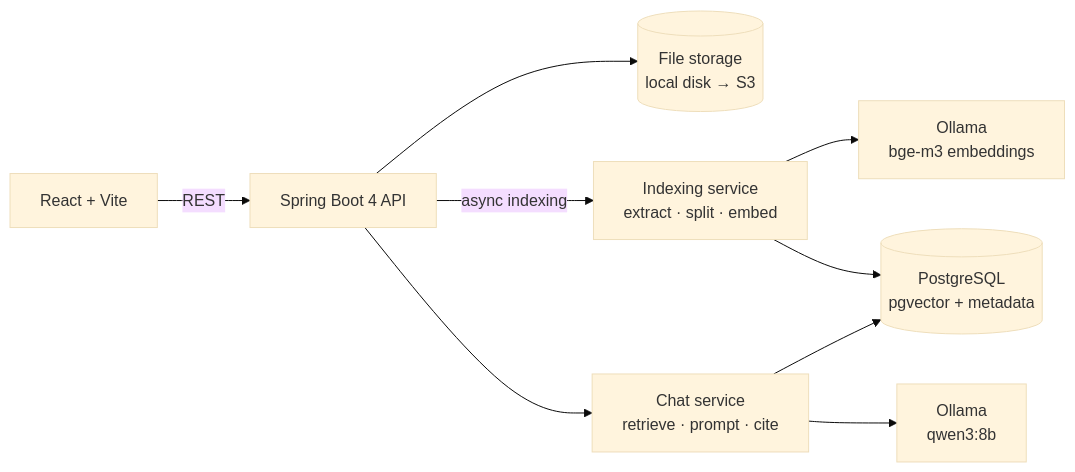
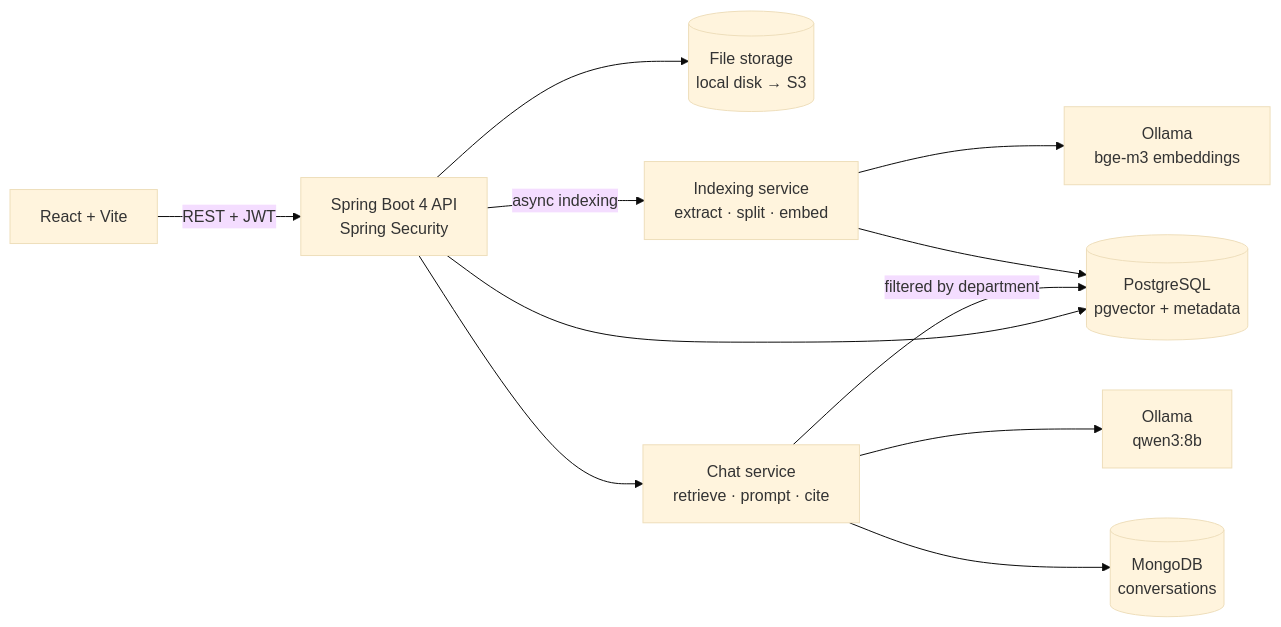
The diagram in README.md (kingmars2022/claimpilot), drawn with Mermaid (base theme) before and after one commit. The commit also changed other lines of this file and 10 other files, not shown here.

````diff
--- a/README.md
+++ b/README.md
@@ -39,11 +59,13 @@
 ```mermaid
 flowchart LR
-    UI[React + Vite] -->|REST| API[Spring Boot 4 API]
+    UI[React + Vite] -->|REST + JWT| API[Spring Boot 4 API<br/>Spring Security]
     API --> FS[(File storage<br/>local disk → S3)]
     API -->|async indexing| IDX[Indexing service<br/>extract · split · embed]
     IDX --> EMB[Ollama<br/>bge-m3 embeddings]
     IDX --> PG[(PostgreSQL<br/>pgvector + metadata)]
     API --> RAG[Chat service<br/>retrieve · prompt · cite]
-    RAG --> PG
+    RAG -->|filtered by department| PG
     RAG --> LLM[Ollama<br/>qwen3:8b]
+    RAG --> MONGO[(MongoDB<br/>conversations)]
+    API --> PG
 ```
````
